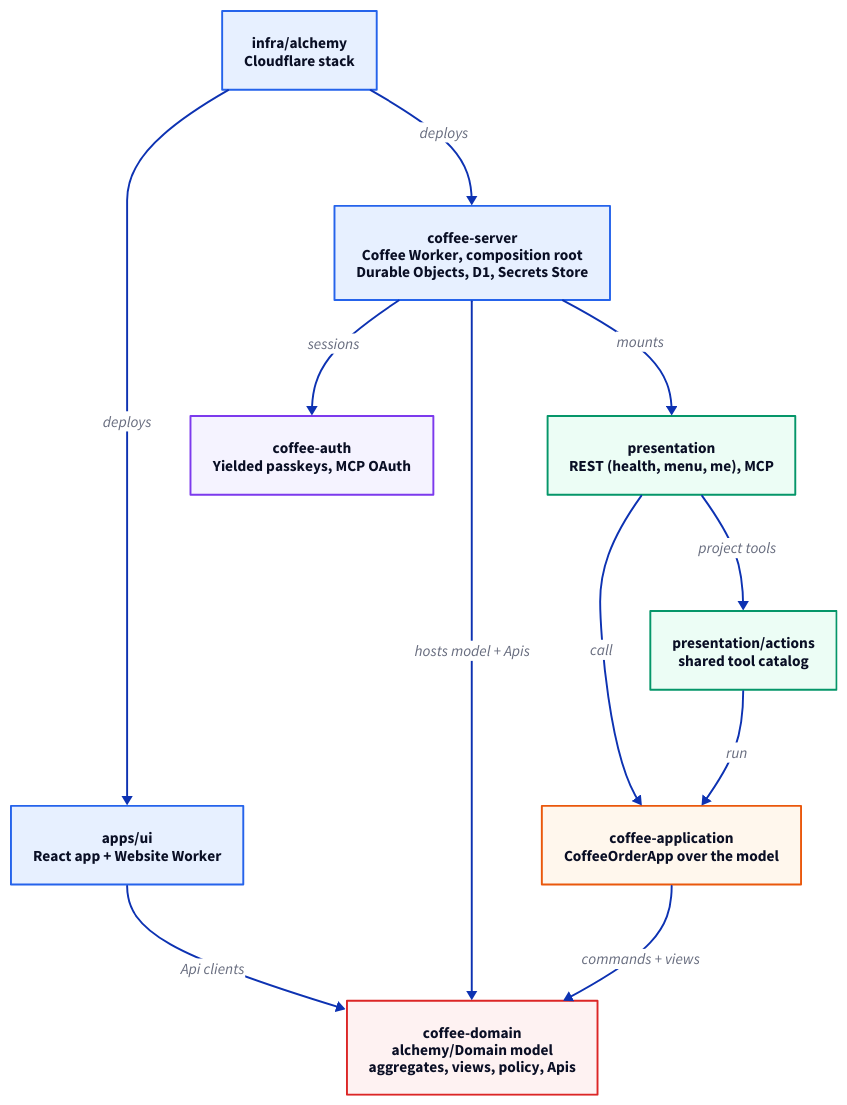
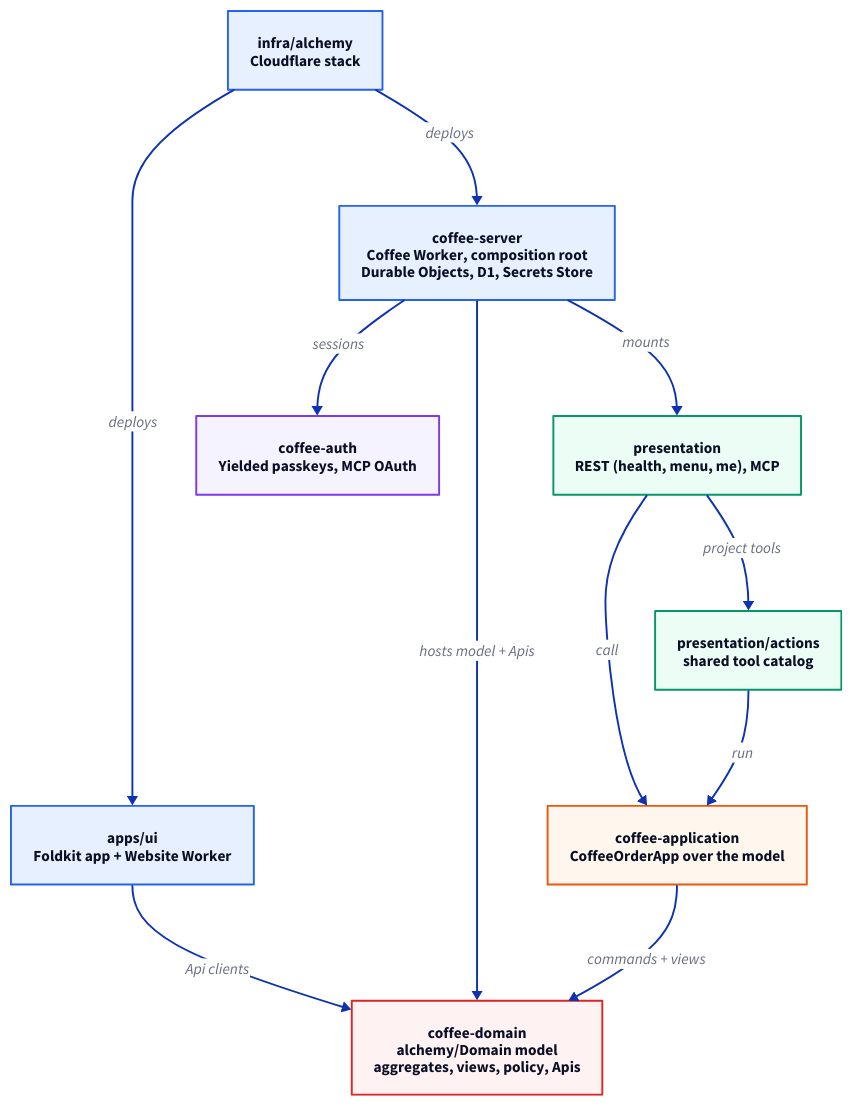
The diagram in docs/architecture/package-layers.d2 (kevinmichaelchen/effect-coffee-shop), drawn with D2 before and after one commit. The commit also changed 209 other files, not shown here.

```diff
--- a/docs/architecture/package-layers.d2
+++ b/docs/architecture/package-layers.d2
@@ -1,67 +1,67 @@
 direction: down
 
 classes: {
   app: {
     style.fill: "#E7F0FF"
     style.stroke: "#2563EB"
   }
   presentation: {
     style.fill: "#ECFDF5"
     style.stroke: "#059669"
   }
   application: {
     style.fill: "#FFF7ED"
     style.stroke: "#EA580C"
   }
   domain: {
     style.fill: "#FEF2F2"
     style.stroke: "#DC2626"
   }
   external: {
     style.fill: "#F5F3FF"
     style.stroke: "#7C3AED"
   }
 }
 
 infra: "infra/alchemy\nCloudflare stack" {
   class: app
 }
 
-ui: "apps/ui\nReact app + Website Worker" {
+ui: "apps/ui\nFoldkit app + Website Worker" {
   class: app
 }
 
 server: "coffee-server\nCoffee Worker, composition root\nDurable Objects, D1, Secrets Store" {
   class: app
 }
 
 presentation: "presentation\nREST (health, menu, me), MCP" {
   class: presentation
 }
 
 actions: "presentation/actions\nshared tool catalog" {
   class: presentation
 }
 
 auth: "coffee-auth\nYielded passkeys, MCP OAuth" {
   class: external
 }
 
 core: "coffee-application\nCoffeeOrderApp over the model" {
   class: application
 }
 
 domain: "coffee-domain\nalchemy/Domain model\naggregates, views, policy, Apis" {
   class: domain
 }
 
 infra -> server: "deploys"
 infra -> ui: "deploys"
 ui -> domain: "Api clients"
 server -> presentation: "mounts"
 server -> auth: "sessions"
 server -> domain: "hosts model + Apis"
 presentation -> actions: "project tools"
 presentation -> core: "call"
 actions -> core: "run"
 core -> domain: "commands + views"
```
